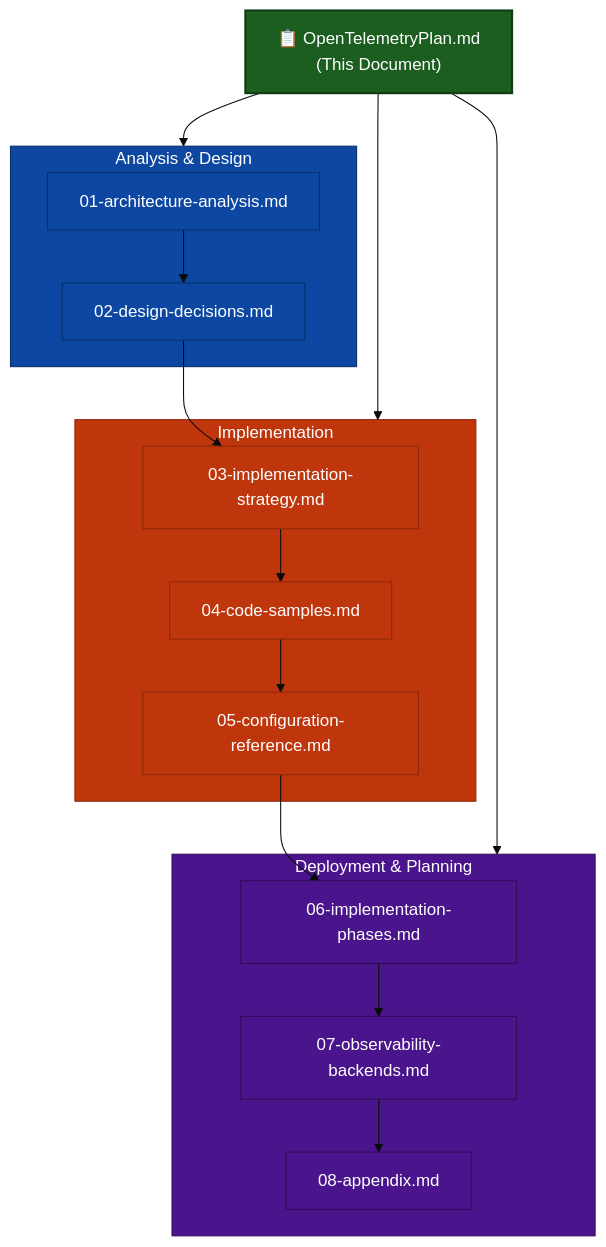
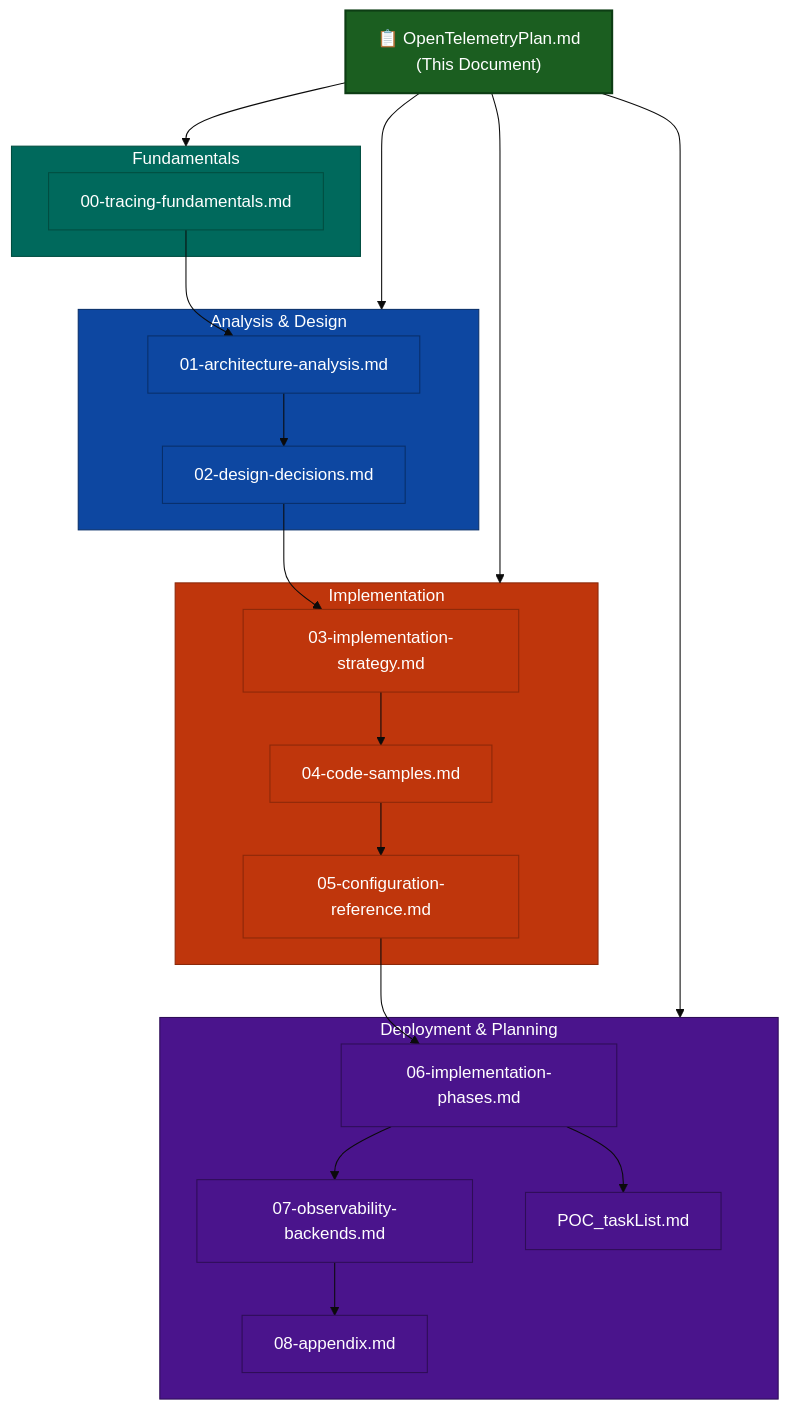
The diagram in OpenTelemetryPlan/OpenTelemetryPlan.md (XRPLF/rippled), drawn with Mermaid (base theme) before and after one commit. The commit also changed other lines of this file and 12 other files, not shown here.

````diff
--- a/OpenTelemetryPlan/OpenTelemetryPlan.md
+++ b/OpenTelemetryPlan/OpenTelemetryPlan.md
@@ -32,46 +34,57 @@
 ```mermaid
 flowchart TB
     overview["📋 OpenTelemetryPlan.md<br/>(This Document)"]
+
+    subgraph fundamentals["Fundamentals"]
+        fund["00-tracing-fundamentals.md"]
+    end
 
     subgraph analysis["Analysis & Design"]
         arch["01-architecture-analysis.md"]
         design["02-design-decisions.md"]
     end
 
     subgraph impl["Implementation"]
         strategy["03-implementation-strategy.md"]
         code["04-code-samples.md"]
         config["05-configuration-reference.md"]
     end
 
     subgraph deploy["Deployment & Planning"]
         phases["06-implementation-phases.md"]
         backends["07-observability-backends.md"]
         appendix["08-appendix.md"]
+        poc["POC_taskList.md"]
     end
 
+    overview --> fundamentals
     overview --> analysis
     overview --> impl
     overview --> deploy
 
+    fund --> arch
     arch --> design
     design --> strategy
     strategy --> code
     code --> config
     config --> phases
     phases --> backends
     backends --> appendix
+    phases --> poc
 
     style overview fill:#1b5e20,stroke:#0d3d14,color:#fff,stroke-width:2px
+    style fundamentals fill:#00695c,stroke:#004d40,color:#fff
+    style fund fill:#00695c,stroke:#004d40,color:#fff
     style analysis fill:#0d47a1,stroke:#082f6a,color:#fff
     style impl fill:#bf360c,stroke:#8c2809,color:#fff
     style deploy fill:#4a148c,stroke:#2e0d57,color:#fff
     style arch fill:#0d47a1,stroke:#082f6a,color:#fff
     style design fill:#0d47a1,stroke:#082f6a,color:#fff
     style strategy fill:#bf360c,stroke:#8c2809,color:#fff
     style code fill:#bf360c,stroke:#8c2809,color:#fff
     style config fill:#bf360c,stroke:#8c2809,color:#fff
     style phases fill:#4a148c,stroke:#2e0d57,color:#fff
     style backends fill:#4a148c,stroke:#2e0d57,color:#fff
     style appendix fill:#4a148c,stroke:#2e0d57,color:#fff
+    style poc fill:#4a148c,stroke:#2e0d57,color:#fff
 ```
````
